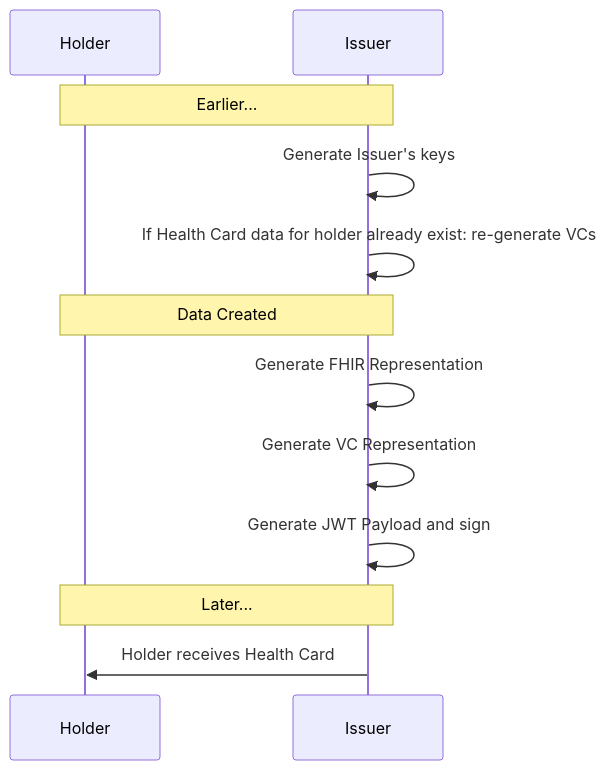
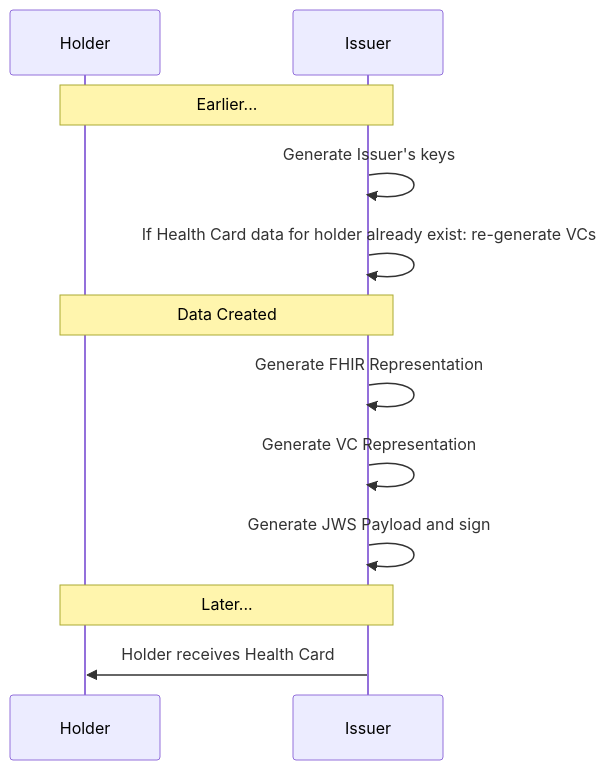
The diagram in docs/index.md (smart-on-fhir/health-cards), drawn with Mermaid before and after one commit. The commit also changed other lines of this file, not shown here.

Commit message:
clean up usage of JWT and JWS (#112)

````diff
--- a/docs/index.md
+++ b/docs/index.md
@@ -197,17 +197,17 @@
 ```mermaid
 sequenceDiagram
 participant Holder
 participant Issuer
 
 note over Holder, Issuer: Earlier...
 Issuer ->> Issuer: Generate Issuer's keys
 Issuer ->> Issuer: If Health Card data for holder already exist: re-generate VCs
 
 note over Issuer, Holder: Data Created
 Issuer ->> Issuer: Generate FHIR Representation
 Issuer ->> Issuer: Generate VC Representation
-Issuer ->> Issuer: Generate JWT Payload and sign
+Issuer ->> Issuer: Generate JWS Payload and sign
 
 note over Issuer, Holder: Later...
 Issuer ->> Holder: Holder receives Health Card
 ```
````
